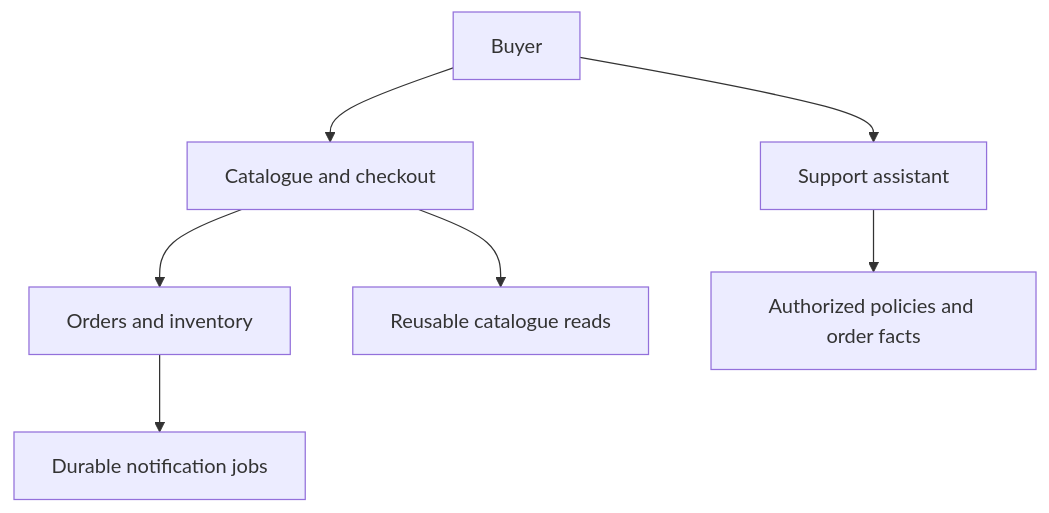
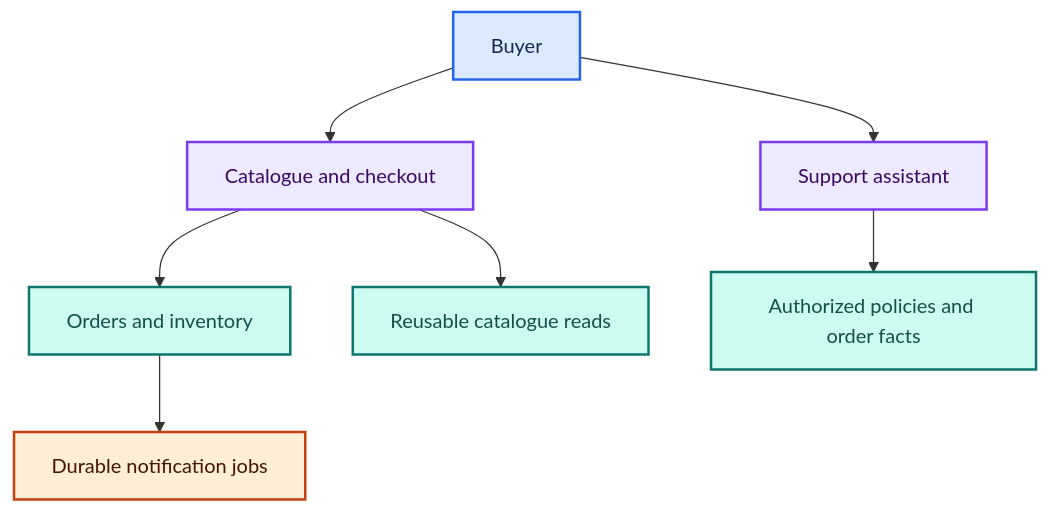
One commit to Shaktiprasadram22/system-design-26-week-roadmap changed the diagram in README.md. Above: the diagram before and after it, drawn with Mermaid. The commit also changed other lines of this file and 21 other files, not shown here.

````diff
--- a/README.md
+++ b/README.md
@@ -35,9 +42,17 @@
 ```mermaid
 flowchart TD
     Buyer["Buyer"] --> API["Catalogue and checkout"]
     API --> DB["Orders and inventory"]
     API --> Cache["Reusable catalogue reads"]
     DB --> Jobs["Durable notification jobs"]
     Buyer --> Support["Support assistant"]
     Support --> Evidence["Authorized policies and order facts"]
+    classDef input fill:#dbeafe,stroke:#2563eb,color:#172554,stroke-width:2px;
+    classDef service fill:#ede9fe,stroke:#7c3aed,color:#3b0764,stroke-width:2px;
+    classDef data fill:#ccfbf1,stroke:#0f766e,color:#134e4a,stroke-width:2px;
+    classDef edge fill:#ffedd5,stroke:#c2410c,color:#431407,stroke-width:2px;
+    class Buyer input;
+    class API,Support service;
+    class DB,Cache,Evidence data;
+    class Jobs edge;
 ```
````
